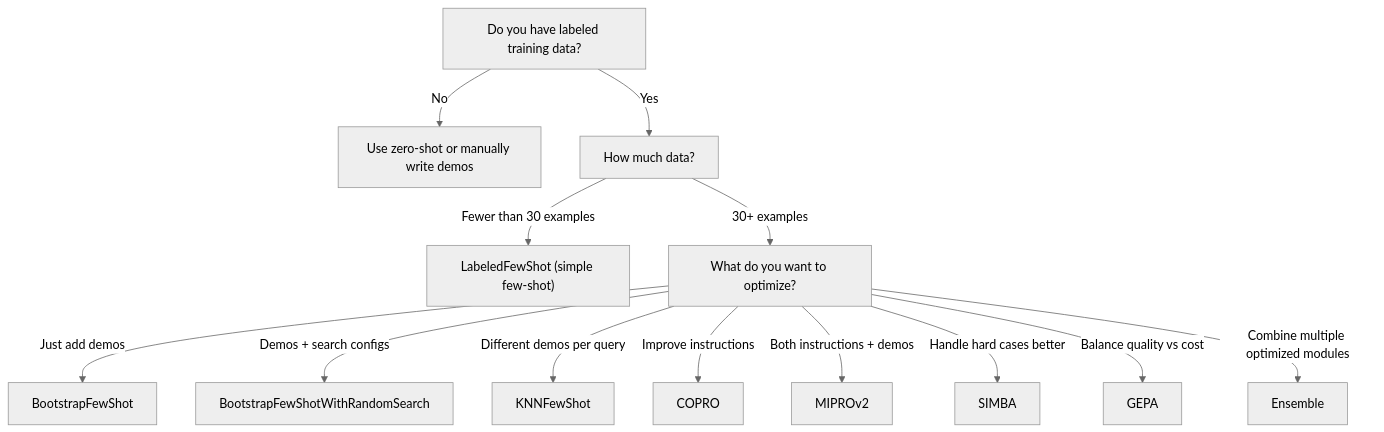
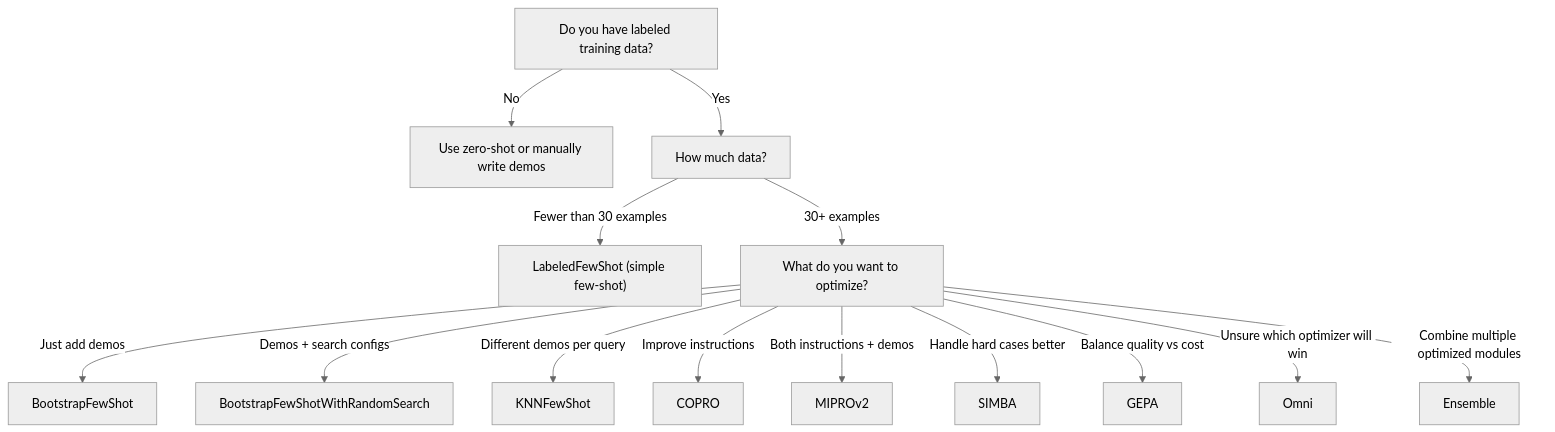
The diagram in vignettes/advanced-optimization.Rmd (JamesHWade/dsprrr), drawn with Mermaid (neutral theme) before and after one commit. The commit also changed other lines of this file and 14 other files, not shown here.

Commit message:
Add Omni meta-optimizer for teleprompter composition (#121)

````diff
--- a/vignettes/advanced-optimization.Rmd
+++ b/vignettes/advanced-optimization.Rmd
@@ -44,16 +45,17 @@
 ```mermaid
 flowchart TB
   Start["Do you have labeled training data?"]
   Start -->|No| Zero["Use zero-shot or manually write demos"]
   Start -->|Yes| Data["How much data?"]
   Data -->|Fewer than 30 examples| Labeled["LabeledFewShot (simple few-shot)"]
   Data -->|30+ examples| Optimize["What do you want to optimize?"]
   Optimize -->|Just add demos| Bootstrap["BootstrapFewShot"]
   Optimize -->|Demos + search configs| Random["BootstrapFewShotWithRandomSearch"]
   Optimize -->|Different demos per query| KNN["KNNFewShot"]
   Optimize -->|Improve instructions| COPRO["COPRO"]
   Optimize -->|Both instructions + demos| MIPRO["MIPROv2"]
   Optimize -->|Handle hard cases better| SIMBA["SIMBA"]
   Optimize -->|Balance quality vs cost| GEPA["GEPA"]
+  Optimize -->|Unsure which optimizer will win| Omni["Omni"]
   Optimize -->|Combine multiple optimized modules| Ensemble["Ensemble"]
 ```
````
